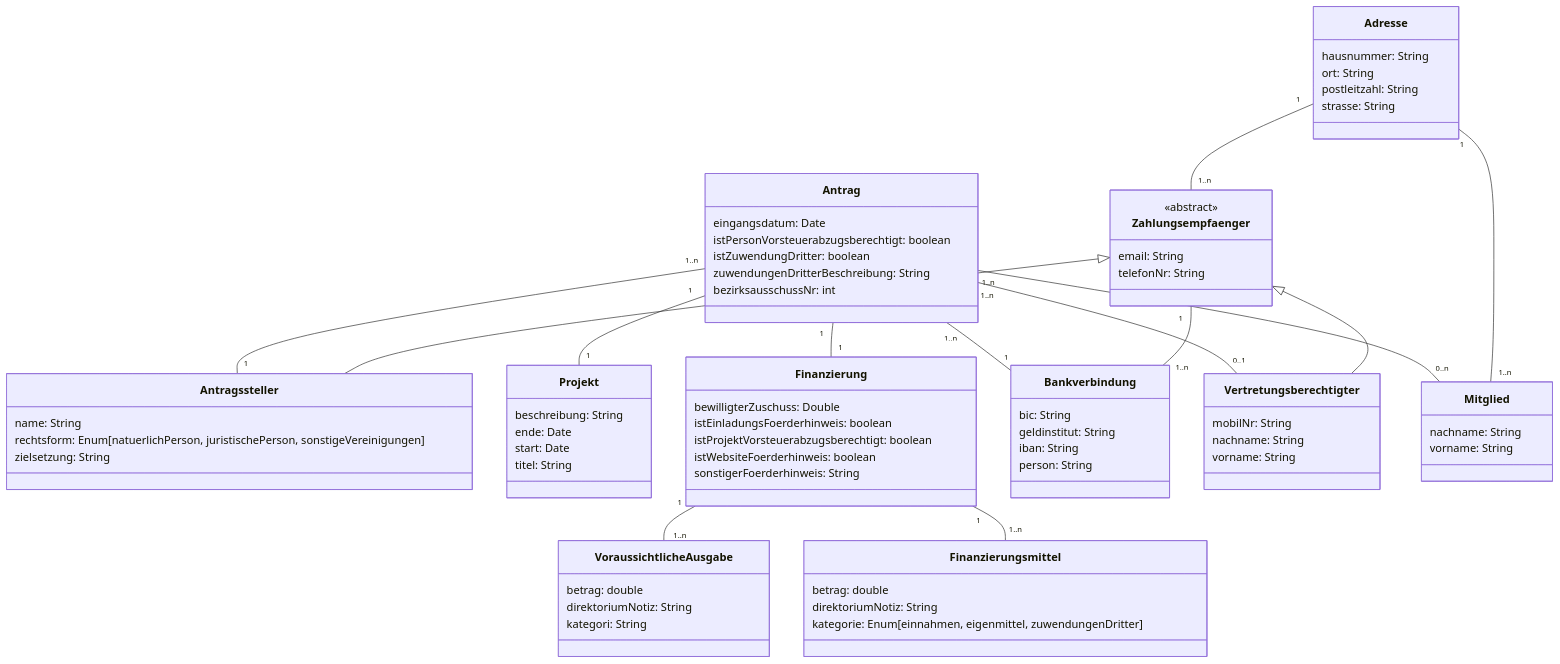
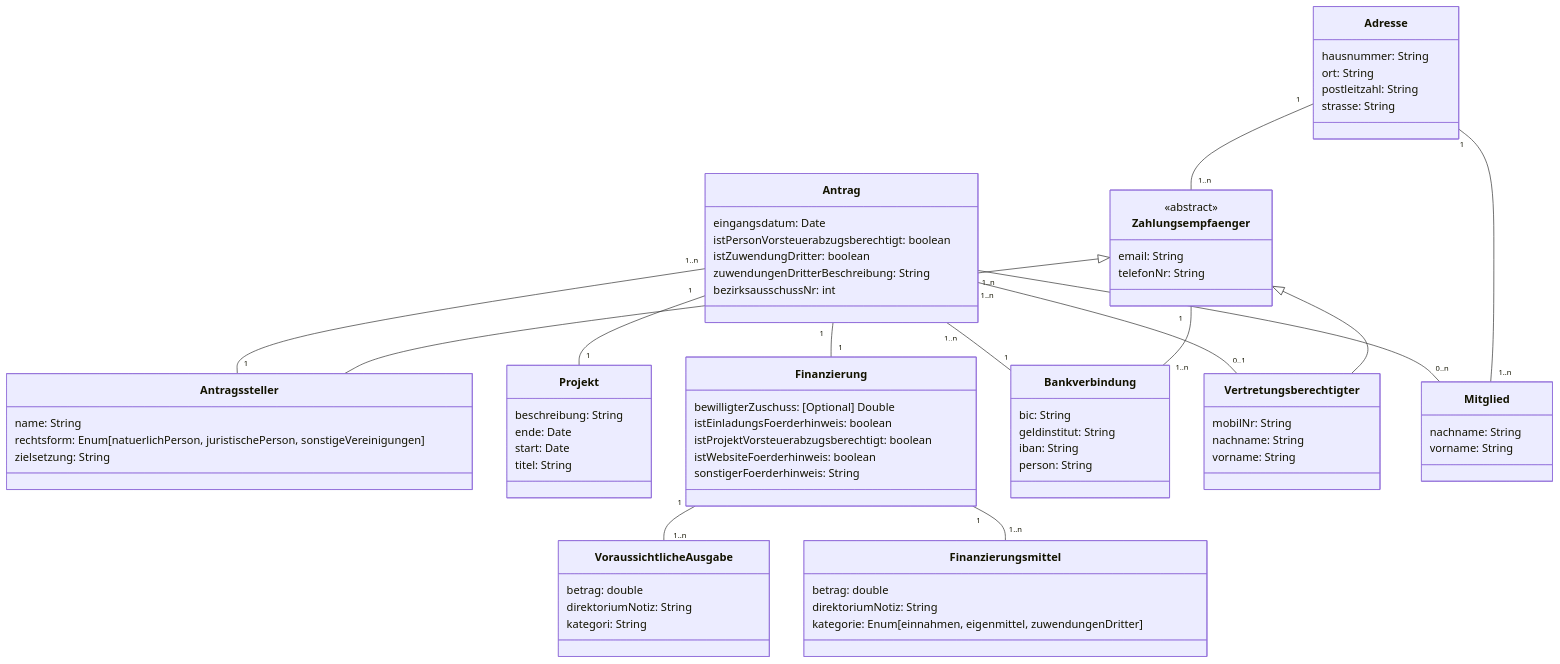
The diagram in docs/src/features/data-model.md (it-at-m/stadtbezirksbudget), drawn with Mermaid before and after one commit.

Commit message:
:docs: Implement feedback into data model

```diff
--- a/docs/src/features/data-model.md
+++ b/docs/src/features/data-model.md
@@ -41,7 +41,7 @@
     }
 
     class Finanzierung{
-        bewilligterZuschuss: Double
+        bewilligterZuschuss: [Optional] Double 
         istEinladungsFoerderhinweis: boolean
         istProjektVorsteuerabzugsberechtigt: boolean
         istWebsiteFoerderhinweis: boolean
```
